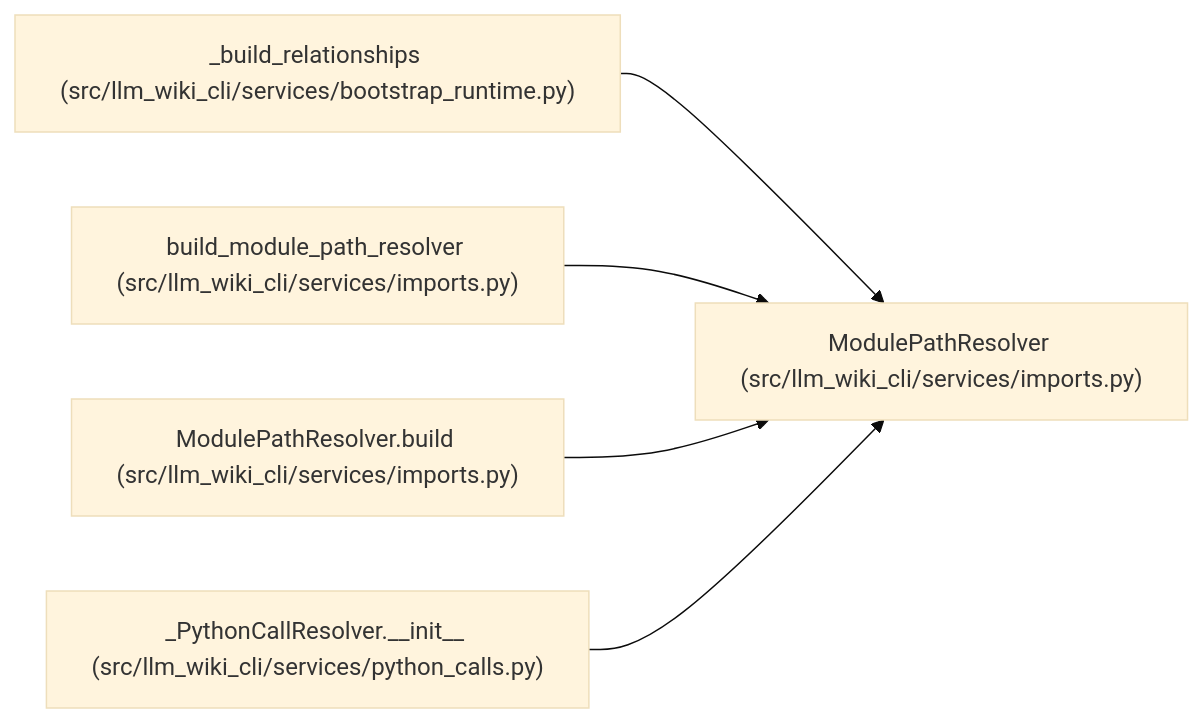
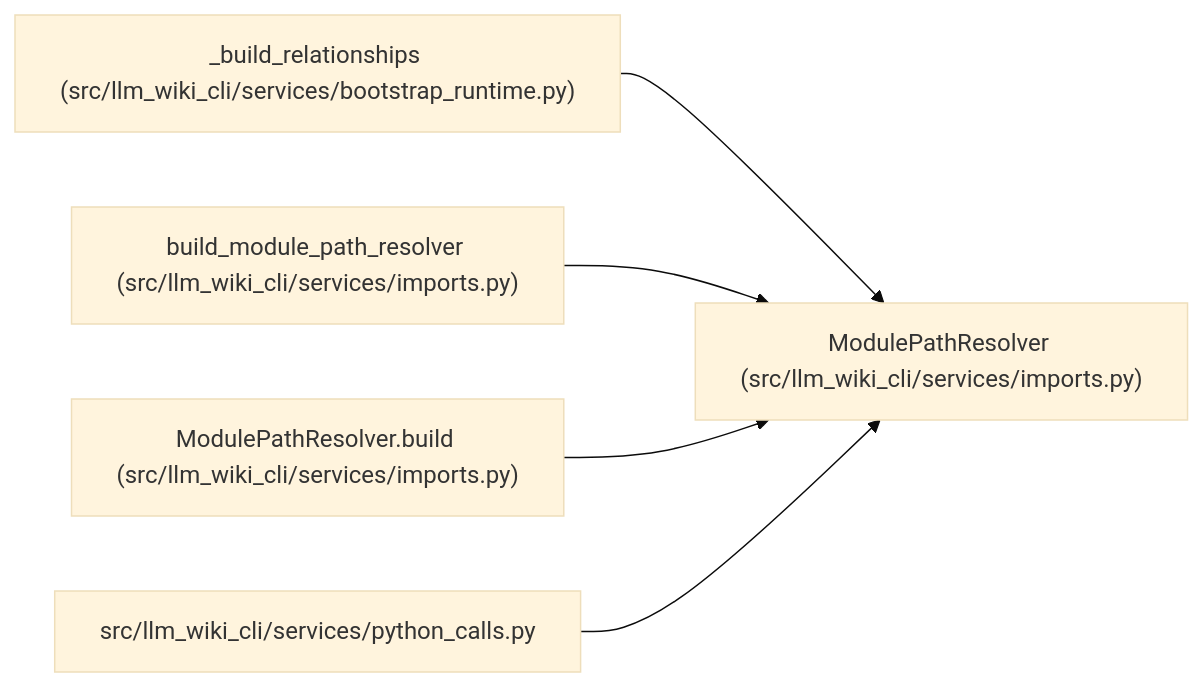
One commit to Denissvgn/python-wiki-llm changed the diagram in docs/llm_wiki/entities/ModulePathResolver.md. Above: the diagram before and after it, drawn with Mermaid (base theme). The commit also changed other lines of this file and 631 other files, not shown here.

````diff
--- a/docs/llm_wiki/entities/ModulePathResolver.md
+++ b/docs/llm_wiki/entities/ModulePathResolver.md
@@ -49,17 +49,17 @@
 ```mermaid
 flowchart LR
     n0["ModulePathResolver (src/llm_wiki_cli/services/imports.py)"]
     n1["_build_relationships (src/llm_wiki_cli/services/bootstrap_runtime.py)"]
     n2["build_module_path_resolver (src/llm_wiki_cli/services/imports.py)"]
     n3["ModulePathResolver.build (src/llm_wiki_cli/services/imports.py)"]
-    n4["_PythonCallResolver.__init__ (src/llm_wiki_cli/services/python_calls.py)"]
+    n4["src/llm_wiki_cli/services/python_calls.py"]
     n1 --> n0
     n2 --> n0
     n3 --> n0
     n4 --> n0
     click n0 "../modules/imports.md"
     click n1 "../modules/bootstrap_runtime.md"
     click n2 "../modules/imports.md"
     click n3 "../modules/imports.md"
     click n4 "../modules/python_calls.md"
 ```
````
